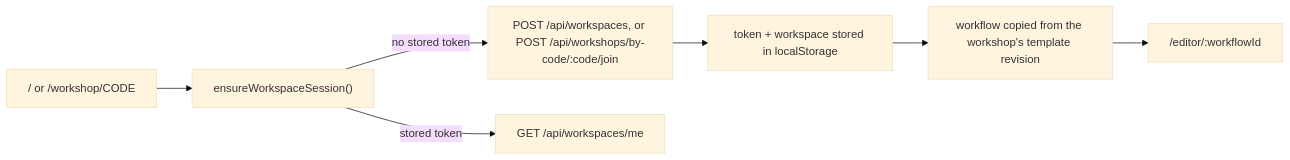
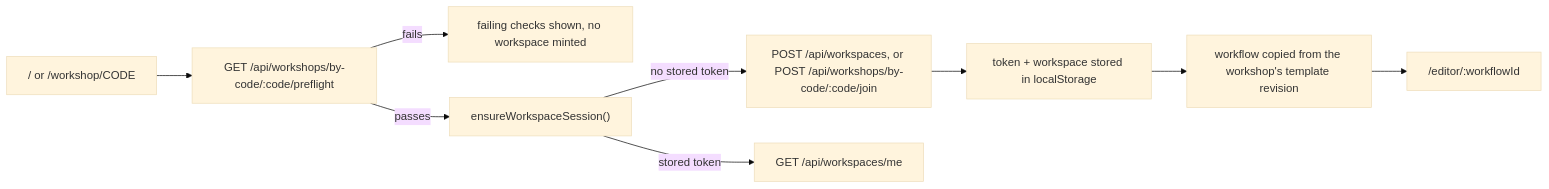
The fourth of 4 diagrams in docs/architecture.md (HASKI-RAK/NodeGrade), drawn with Mermaid (base theme) before and after one commit. The commit also changed other lines of this file and 30 other files, not shown here.

````diff
--- a/docs/architecture.md
+++ b/docs/architecture.md
@@ -110,9 +110,11 @@
 ```mermaid
 flowchart LR
-    Start["/ or /workshop/CODE"] --> Ensure["ensureWorkspaceSession()"]
+    Start["/ or /workshop/CODE"] --> Preflight["GET /api/workshops/by-code/:code/preflight"]
+    Preflight -->|fails| Blocked["failing checks shown, no workspace minted"]
+    Preflight -->|passes| Ensure["ensureWorkspaceSession()"]
     Ensure -->|no stored token| Create["POST /api/workspaces, or POST /api/workshops/by-code/:code/join"]
     Create --> Token["token + workspace stored in localStorage"]
     Ensure -->|stored token| Verify["GET /api/workspaces/me"]
     Token --> Copy["workflow copied from the workshop's template revision"]
     Copy --> Editor["/editor/:workflowId"]
 ```
````
